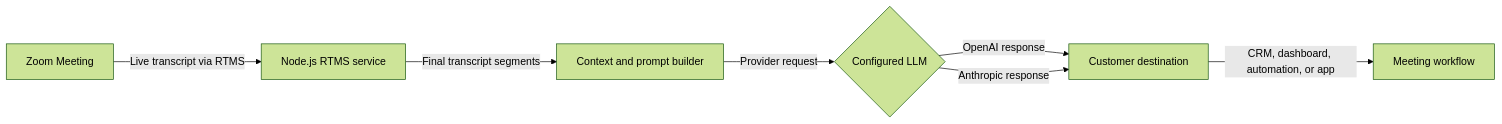
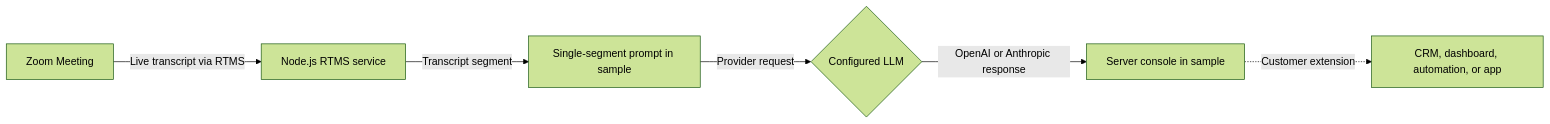
The diagram in blueprints/send-transcripts-to-llms/index.md (zoom/blueprints), drawn with Mermaid (forest theme) before and after one commit. The commit also changed other lines of this file and 1 other file, not shown here.

Commit message:
Improve live transcript LLM blueprint

````diff
--- a/blueprints/send-transcripts-to-llms/index.md
+++ b/blueprints/send-transcripts-to-llms/index.md
@@ -39,9 +55,8 @@
 ```mermaid
 flowchart LR
     A[Zoom Meeting] -->|Live transcript via RTMS| B[Node.js RTMS service]
-    B -->|Final transcript segments| C[Context and prompt builder]
+    B -->|Transcript segment| C[Single-segment prompt in sample]
     C -->|Provider request| D{Configured LLM}
-    D -->|OpenAI response| E[Customer destination]
-    D -->|Anthropic response| E
-    E -->|CRM, dashboard, automation, or app| F[Meeting workflow]
+    D -->|OpenAI or Anthropic response| E[Server console in sample]
+    E -.->|Customer extension| F[CRM, dashboard, automation, or app]
 ```
````
